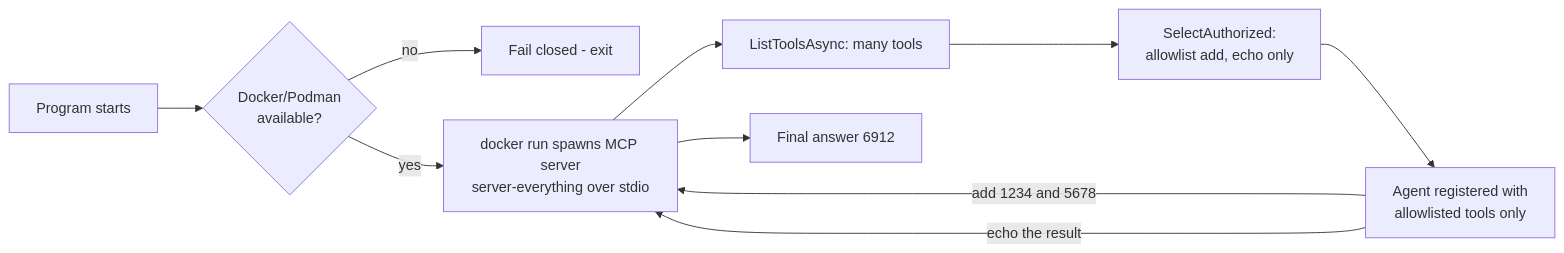
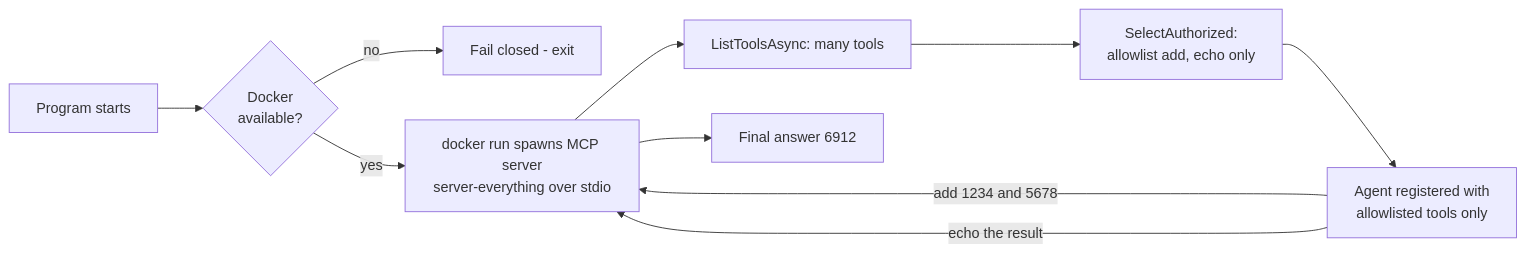
Before and after one commit to arst/agentic-patterns: the diagram in PatternExplorer/patterns/MCP.md, drawn with Mermaid. The commit also changed other lines of this file and 18 other files, not shown here.

````diff
--- a/PatternExplorer/patterns/MCP.md
+++ b/PatternExplorer/patterns/MCP.md
@@ -51,12 +51,12 @@
 ```mermaid
 flowchart LR
-    P[Program starts] --> D{Docker/Podman<br/>available?}
+    P[Program starts] --> D{Docker<br/>available?}
     D -- no --> X[Fail closed - exit]
     D -- yes --> S[docker run spawns MCP server<br/>server-everything over stdio]
     S --> L[ListToolsAsync: many tools]
     L --> AL[SelectAuthorized:<br/>allowlist add, echo only]
     AL --> A[Agent registered with<br/>allowlisted tools only]
     A -->|add 1234 and 5678| S
     A -->|echo the result| S
     S --> R[Final answer 6912]
 ```
````
